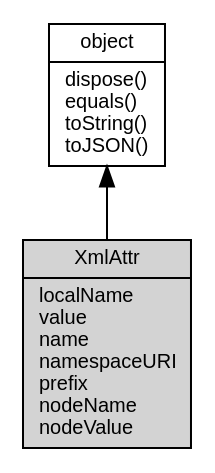
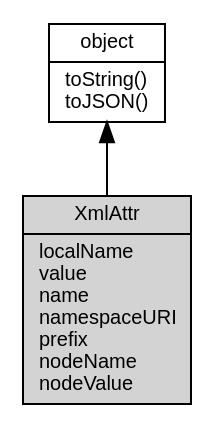
Before and after one commit to asionius/fibjs-ceph: the diagram in docs/object/ifs/XmlAttr.md, drawn with Graphviz. The commit also changed other lines of this file and 138 other files, not shown here.

````diff
--- a/docs/object/ifs/XmlAttr.md
+++ b/docs/object/ifs/XmlAttr.md
@@ -5,10 +5,10 @@
 ```dot
 digraph {
     node [fontname="Helvetica,sans-Serif", fontsize=10, shape="record", style="filled", fillcolor="white"];
 
-    object [tooltip="object", URL="object.md", label="{object|dispose()\lequals()\ltoString()\ltoJSON()\l}"];
-    XmlAttr [tooltip="XmlAttr", fillcolor="lightgray", label="{XmlAttr|localName\lvalue\lname\lnamespaceURI\lprefix\lnodeName\lnodeValue\l}"];
+    object [tooltip="object", URL="object.md", label="{object|toString()\ltoJSON()\l}"];
+    XmlAttr [tooltip="XmlAttr", fillcolor="lightgray", id="me", label="{XmlAttr|localName\lvalue\lname\lnamespaceURI\lprefix\lnodeName\lnodeValue\l}"];
 
     object -> XmlAttr [dir=back];
 }
 ```
````
